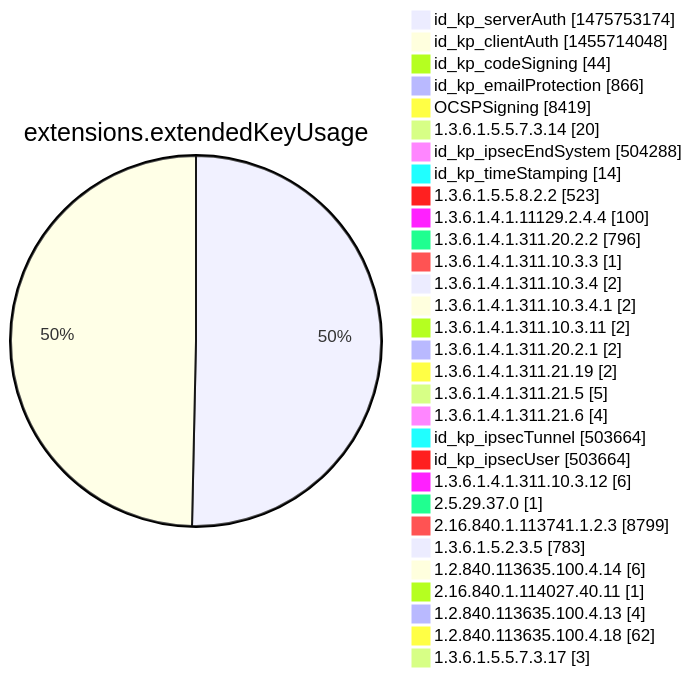
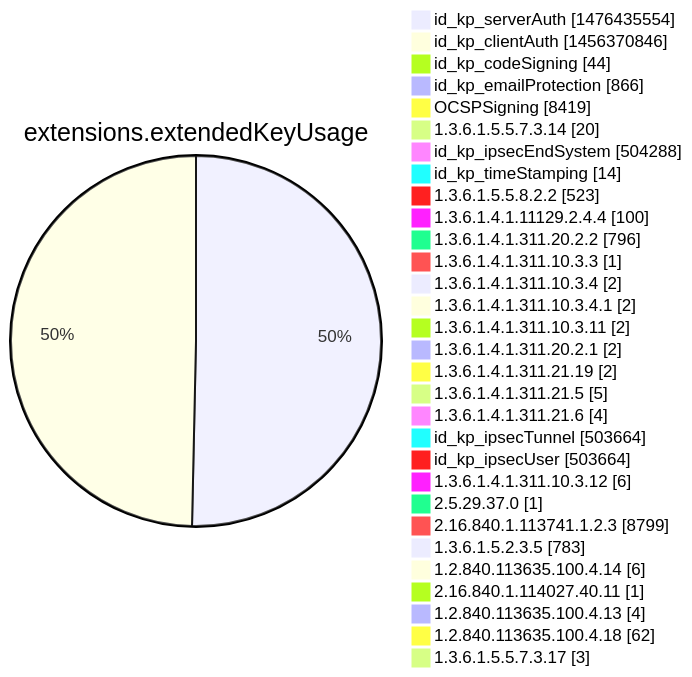
Before and after one commit to christiankrug/ctmonitor_visualization: diagram 12 of 15 in argon2022/README.md, drawn with Mermaid. The commit also changed other lines of this file, not shown here.

````diff
--- a/argon2022/README.md
+++ b/argon2022/README.md
@@ -3555,34 +3555,34 @@
 ```mermaid
 pie showData
 title extensions.extendedKeyUsage
-"id_kp_serverAuth" :1475753174
-"id_kp_clientAuth" :1455714048
+"id_kp_serverAuth" :1476435554
+"id_kp_clientAuth" :1456370846
 "id_kp_codeSigning" :44
 "id_kp_emailProtection" :866
 "OCSPSigning" :8419
 "1.3.6.1.5.5.7.3.14" :20
 "id_kp_ipsecEndSystem" :504288
 "id_kp_timeStamping" :14
 "1.3.6.1.5.5.8.2.2" :523
 "1.3.6.1.4.1.11129.2.4.4" :100
 "1.3.6.1.4.1.311.20.2.2" :796
 "1.3.6.1.4.1.311.10.3.3" :1
 "1.3.6.1.4.1.311.10.3.4" :2
 "1.3.6.1.4.1.311.10.3.4.1" :2
 "1.3.6.1.4.1.311.10.3.11" :2
 "1.3.6.1.4.1.311.20.2.1" :2
 "1.3.6.1.4.1.311.21.19" :2
 "1.3.6.1.4.1.311.21.5" :5
 "1.3.6.1.4.1.311.21.6" :4
 "id_kp_ipsecTunnel" :503664
 "id_kp_ipsecUser" :503664
 "1.3.6.1.4.1.311.10.3.12" :6
 "2.5.29.37.0" :1
 "2.16.840.1.113741.1.2.3" :8799
 "1.3.6.1.5.2.3.5" :783
 "1.2.840.113635.100.4.14" :6
 "2.16.840.1.114027.40.11" :1
 "1.2.840.113635.100.4.13" :4
 "1.2.840.113635.100.4.18" :62
 "1.3.6.1.5.5.7.3.17" :3
 ```
````
